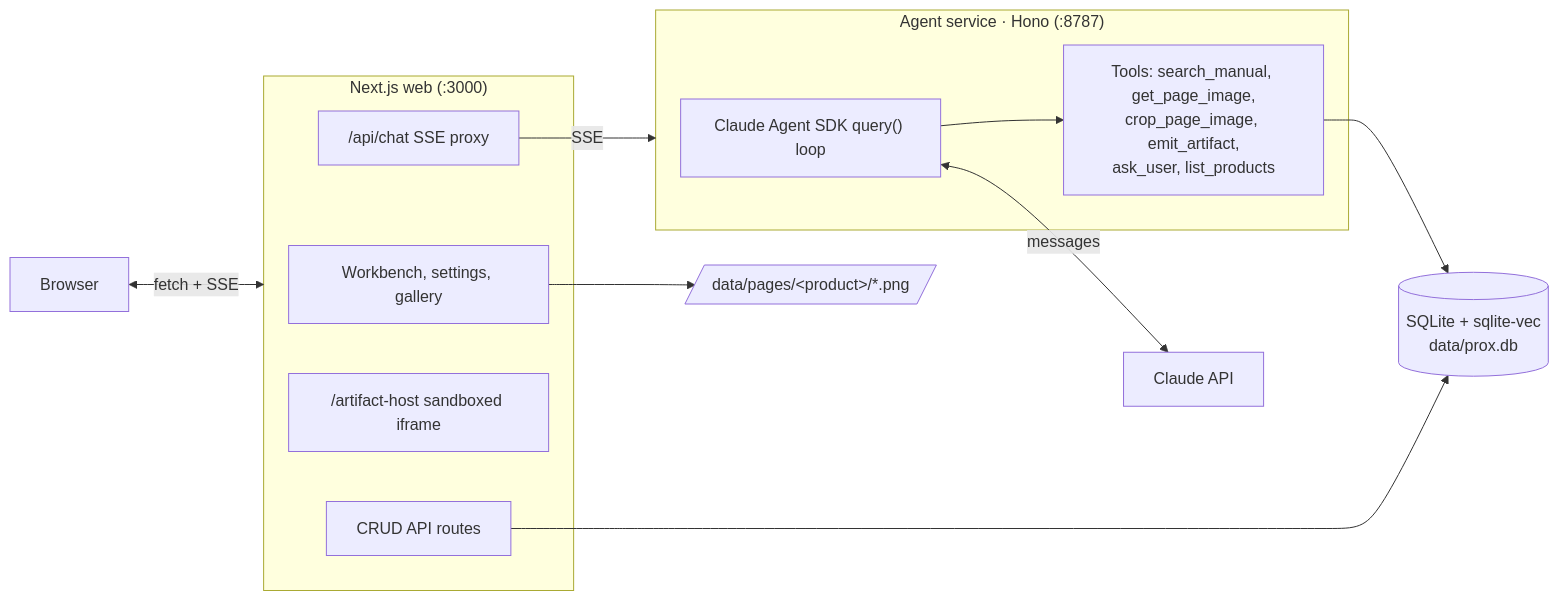
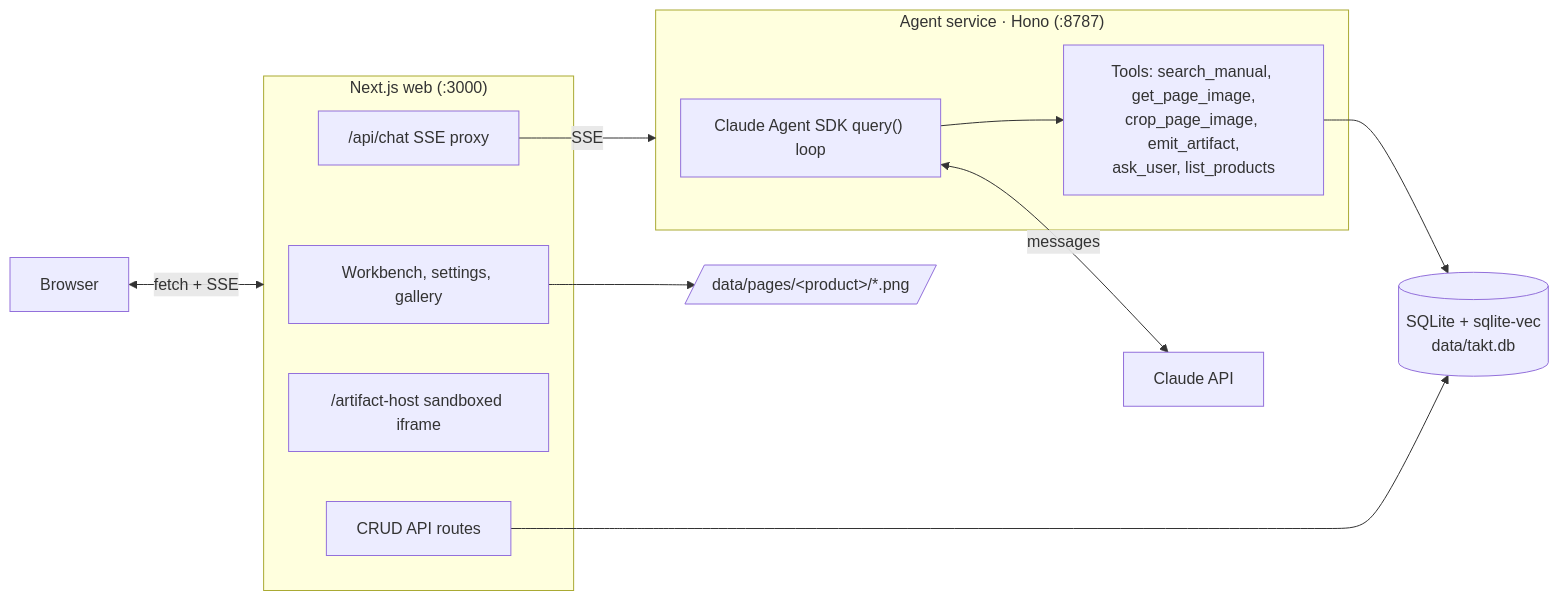
Before and after one commit to katipally/takt: the diagram in README.md, drawn with Mermaid. The commit also changed other lines of this file and 103 other files, not shown here.

First line of the commit message:
Rebrand Prox -> Takt; rework conversational persona

````diff
--- a/README.md
+++ b/README.md
@@ -156,25 +156,25 @@
 ```mermaid
 flowchart LR
     B["Browser"]
     subgraph web["Next.js web (:3000)"]
         UI["Workbench, settings, gallery"]
         Proxy["/api/chat SSE proxy"]
         Iframe["/artifact-host sandboxed iframe"]
         CRUD["CRUD API routes"]
     end
     subgraph agent["Agent service · Hono (:8787)"]
         Loop["Claude Agent SDK query() loop"]
         Tools["Tools: search_manual, get_page_image,<br/>crop_page_image, emit_artifact,<br/>ask_user, list_products"]
     end
-    DB[("SQLite + sqlite-vec<br/>data/prox.db")]
+    DB[("SQLite + sqlite-vec<br/>data/takt.db")]
     PNG[/"data/pages/&lt;product&gt;/*.png"/]
     Claude["Claude API"]
 
     B <-->|"fetch + SSE"| web
     Proxy -->|"SSE"| agent
     Loop --> Tools
     Loop <-->|"messages"| Claude
     Tools --> DB
     CRUD --> DB
     UI --> PNG
 ```
````
